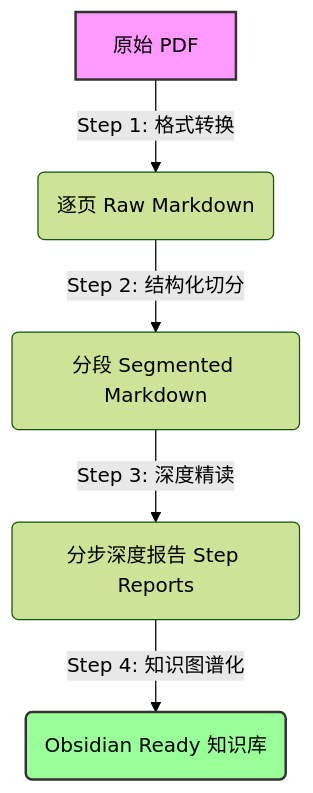
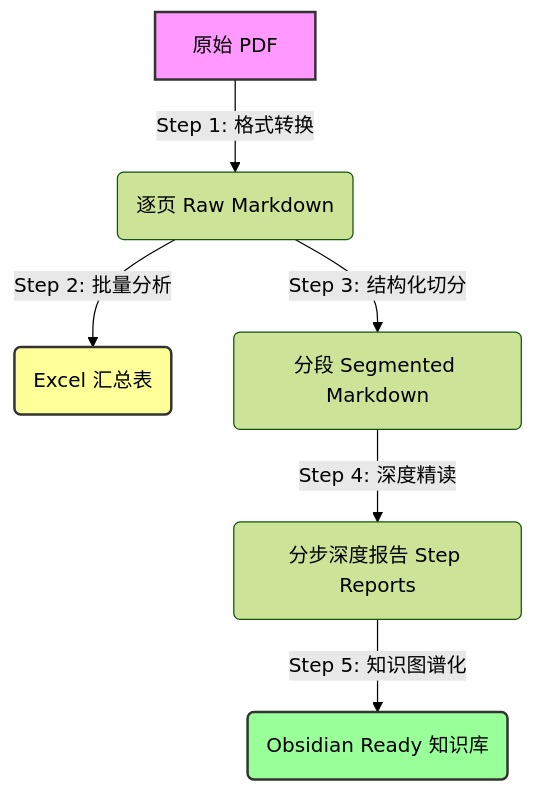
Before and after one commit to lxjthu/deep-reading-agent: the diagram in README.md, drawn with Mermaid (forest theme). The commit also changed other lines of this file, not shown here.

Commit message:
docs: update main README with full 5-step pipeline diagram and links

````diff
--- a/README.md
+++ b/README.md
@@ -9,10 +9,12 @@
 ```mermaid
 graph TD
     A[原始 PDF] -->|Step 1: 格式转换| B(逐页 Raw Markdown)
-    B -->|Step 2: 结构化切分| C(分段 Segmented Markdown)
-    C -->|Step 3: 深度精读| D(分步深度报告 Step Reports)
-    D -->|Step 4: 知识图谱化| E(Obsidian Ready 知识库)
+    B -->|Step 2: 批量分析| F(Excel 汇总表)
+    B -->|Step 3: 结构化切分| C(分段 Segmented Markdown)
+    C -->|Step 4: 深度精读| D(分步深度报告 Step Reports)
+    D -->|Step 5: 知识图谱化| E(Obsidian Ready 知识库)
 
     style A fill:#f9f,stroke:#333,stroke-width:2px
+    style F fill:#ff9,stroke:#333,stroke-width:2px
     style E fill:#9f9,stroke:#333,stroke-width:2px
 ```
````
